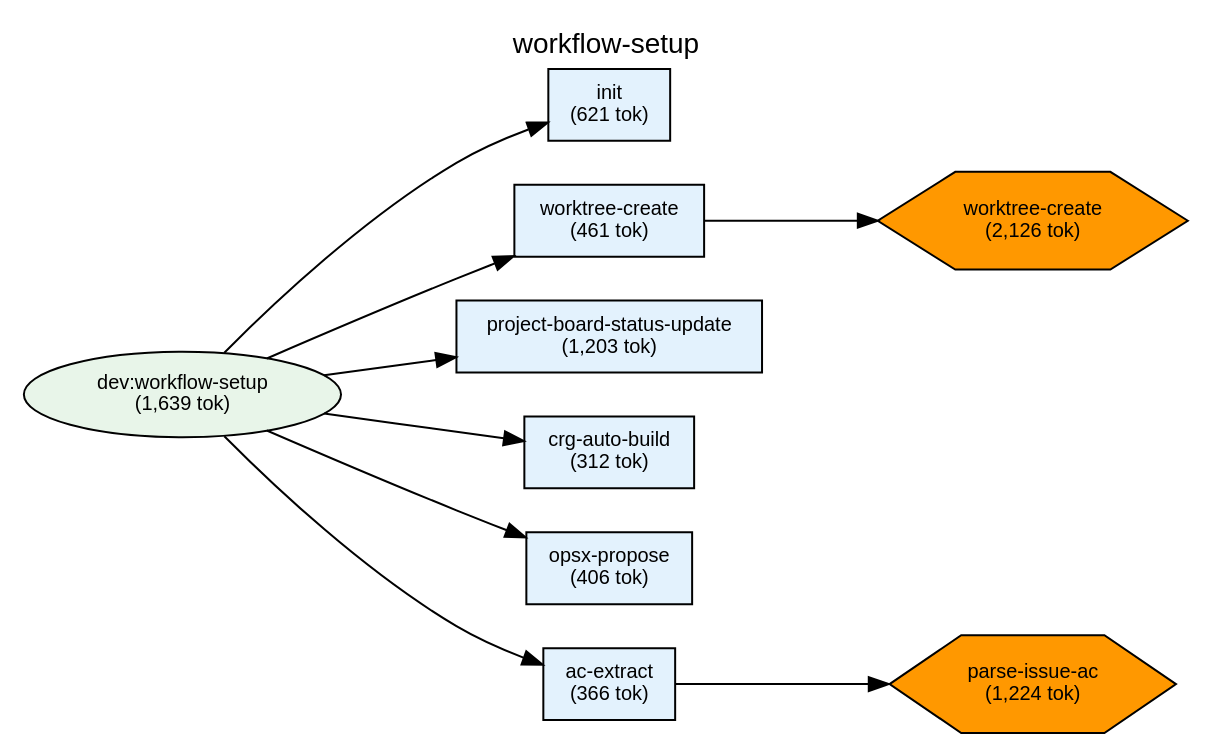
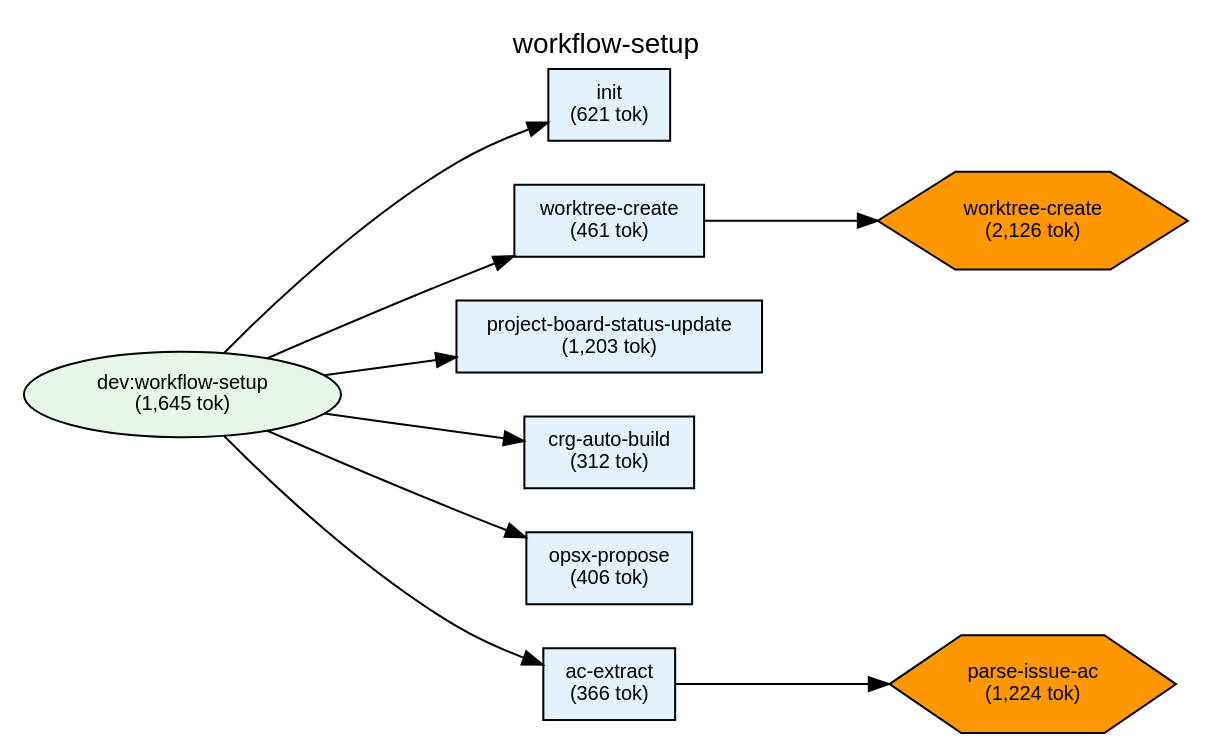
One commit to shuu5/twill changed the diagram in plugins/dev/docs/deps-workflow-setup.dot. Above: the diagram before and after it, drawn with Graphviz. The commit also changed 22 other files, not shown here.

```diff
--- a/plugins/dev/docs/deps-workflow-setup.dot
+++ b/plugins/dev/docs/deps-workflow-setup.dot
@@ -1,62 +1,62 @@
 digraph Dependencies {
     // Graph settings
     rankdir=LR;
     ranksep=0.8;
     nodesep=0.3;
     fontname="Helvetica";
     node [fontname="Helvetica", fontsize=10];
     edge [fontname="Helvetica", fontsize=9];
     label="workflow-setup";
     labelloc=t;
     fontsize=14;
 
     // L0: Controller Skills
 
     // L0: Launchers
 
     // L0.5: Workflow Skills
-    skill_workflow_setup [label="dev:workflow-setup\n(1,639 tok)", shape=ellipse, style=filled, fillcolor="#e8f5e9"];
+    skill_workflow_setup [label="dev:workflow-setup\n(1,645 tok)", shape=ellipse, style=filled, fillcolor="#e8f5e9"];
 
     // Reference Skills
 
     // L1: Direct Commands
     cmd_init [label="init\n(621 tok)", shape=box, style=filled, fillcolor="#e3f2fd"];
     cmd_worktree_create [label="worktree-create\n(461 tok)", shape=box, style=filled, fillcolor="#e3f2fd"];
     cmd_project_board_status_update [label="project-board-status-update\n(1,203 tok)", shape=box, style=filled, fillcolor="#e3f2fd"];
     cmd_crg_auto_build [label="crg-auto-build\n(312 tok)", shape=box, style=filled, fillcolor="#e3f2fd"];
     cmd_opsx_propose [label="opsx-propose\n(406 tok)", shape=box, style=filled, fillcolor="#e3f2fd"];
     cmd_ac_extract [label="ac-extract\n(366 tok)", shape=box, style=filled, fillcolor="#e3f2fd"];
 
     // L2: Sub Commands
 
     // L3: Agents
 
     // L3.5: Scripts
     script_worktree_create [label="worktree-create\n(2,126 tok)", shape=hexagon, style=filled, fillcolor="#FF9800"];
     script_parse_issue_ac [label="parse-issue-ac\n(1,224 tok)", shape=hexagon, style=filled, fillcolor="#FF9800"];
 
     // L4: External
 
     // Layer constraints
     { rank=same; skill_workflow_setup; }
     { rank=same; cmd_init; cmd_worktree_create; cmd_project_board_status_update; cmd_crg_auto_build; cmd_opsx_propose; cmd_ac_extract; }
     { rank=same; script_worktree_create; script_parse_issue_ac; }
 
     // Edges
     skill_workflow_setup -> cmd_init;
     skill_workflow_setup -> cmd_worktree_create;
     skill_workflow_setup -> cmd_project_board_status_update;
     skill_workflow_setup -> cmd_crg_auto_build;
     skill_workflow_setup -> cmd_opsx_propose;
     skill_workflow_setup -> cmd_ac_extract;
     cmd_worktree_create -> script_worktree_create;
     cmd_ac_extract -> script_parse_issue_ac;
 
     // Ordering constraints (invisible edges)
     cmd_init -> cmd_worktree_create [style=invis, weight=10];
     cmd_worktree_create -> cmd_project_board_status_update [style=invis, weight=10];
     cmd_project_board_status_update -> cmd_crg_auto_build [style=invis, weight=10];
     cmd_crg_auto_build -> cmd_opsx_propose [style=invis, weight=10];
     cmd_opsx_propose -> cmd_ac_extract [style=invis, weight=10];
 
 }
```
